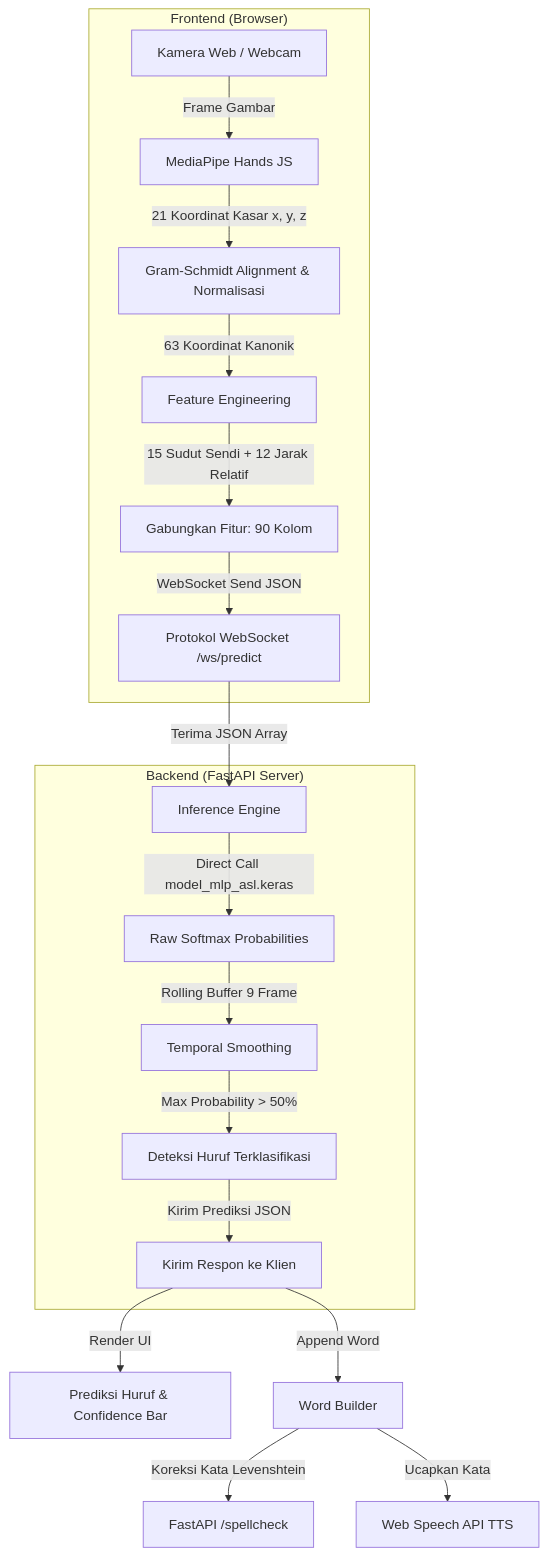
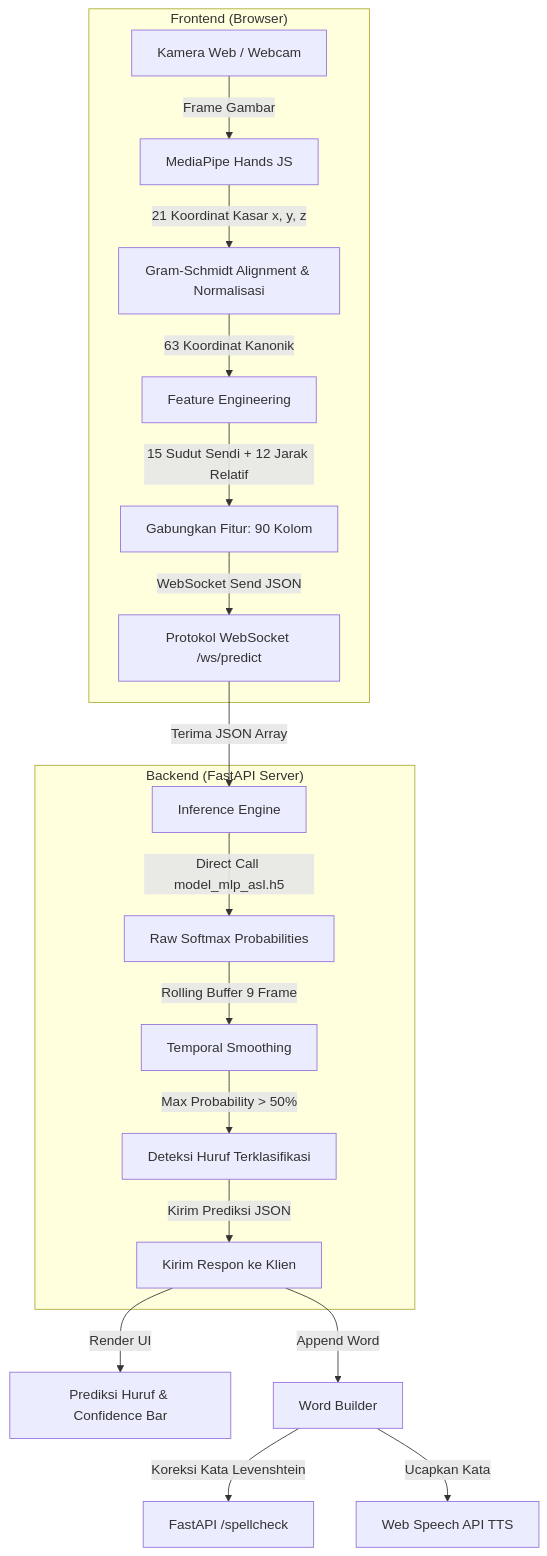
Before and after one commit to rachmatx/asl-translator-v2.1: the first of 3 diagrams in README.md, drawn with Mermaid. The commit also changed other lines of this file, not shown here.

````diff
--- a/README.md
+++ b/README.md
@@ -38,26 +38,26 @@
 ```mermaid
 graph TD
     %% Frontend (Browser)
     subgraph Klien ["Frontend (Browser)"]
         A[Kamera Web / Webcam] -->|Frame Gambar| B[MediaPipe Hands JS]
         B -->|21 Koordinat Kasar x, y, z| C[Gram-Schmidt Alignment & Normalisasi]
         C -->|63 Koordinat Kanonik| D[Feature Engineering]
         D -->|15 Sudut Sendi + 12 Jarak Relatif| E[Gabungkan Fitur: 90 Kolom]
         E -->|WebSocket Send JSON| F[Protokol WebSocket /ws/predict]
     end
 
     %% Backend (FastAPI Server)
     subgraph Server ["Backend (FastAPI Server)"]
         F -->|Terima JSON Array| G[Inference Engine]
-        G -->|Direct Call model_mlp_asl.keras| H[Raw Softmax Probabilities]
+        G -->|Direct Call model_mlp_asl.h5| H[Raw Softmax Probabilities]
         H -->|Rolling Buffer 9 Frame| I[Temporal Smoothing]
         I -->|Max Probability > 50%| J[Deteksi Huruf Terklasifikasi]
         J -->|Kirim Prediksi JSON| K[Kirim Respon ke Klien]
     end
 
     %% Tampilan & Output
     K -->|Render UI| L[Prediksi Huruf & Confidence Bar]
     K -->|Append Word| M[Word Builder]
     M -->|Koreksi Kata Levenshtein| N[FastAPI /spellcheck]
     M -->|Ucapkan Kata| O[Web Speech API TTS]
 ```
````
